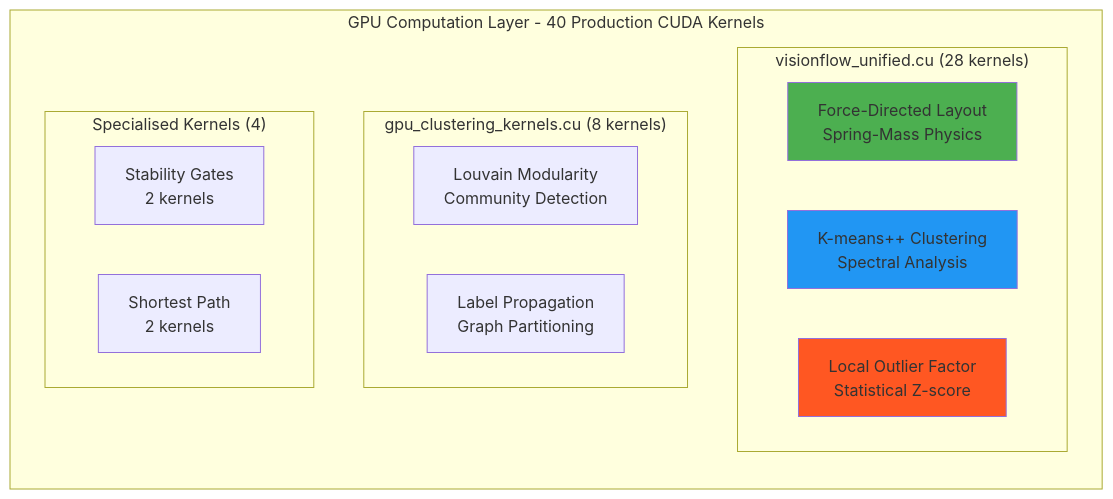
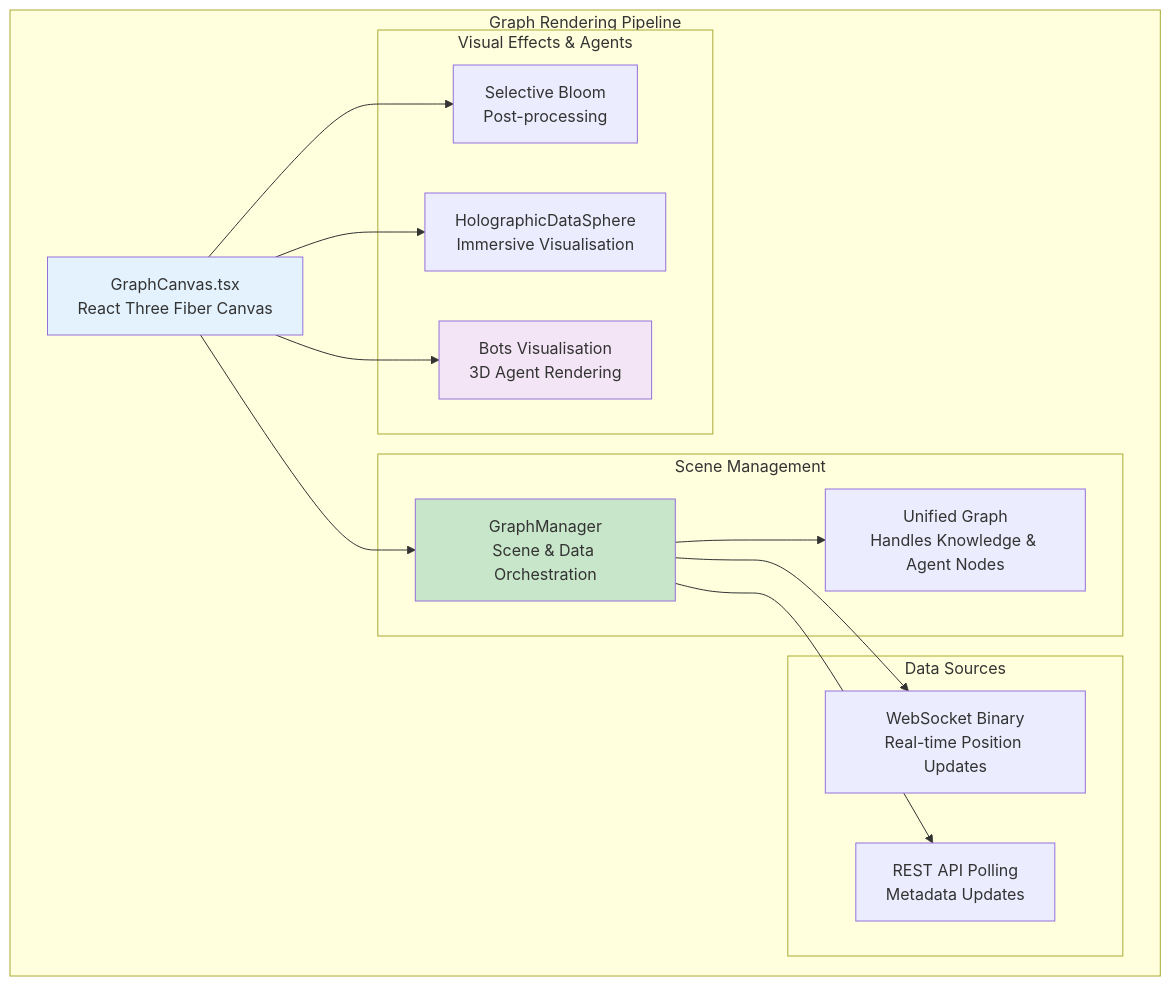
Before and after one commit to DreamLab-AI/VisionFlow: the seventh of 10 diagrams in README.md, drawn with Mermaid. The commit also changed other lines of this file, not shown here.

````diff
--- a/README.md
+++ b/README.md
@@ -120,24 +382,29 @@
 ```mermaid
-graph LR
-    subgraph GCL["GPU Computation Layer - 40 Production CUDA Kernels"]
-        subgraph VU["visionflow_unified.cu (28 kernels)"]
-            Physics["Force-Directed Layout<br/>Spring-Mass Physics"]
-            Clustering1["K-means++ Clustering<br/>Spectral Analysis"]
-            Anomaly1["Local Outlier Factor<br/>Statistical Z-score"]
+graph TB
+    subgraph "Graph Rendering Pipeline"
+        GraphCanvas["GraphCanvas.tsx<br/>React Three Fiber Canvas"]
+
+        subgraph "Scene Management"
+            GraphManager["GraphManager<br/>Scene & Data Orchestration"]
+            UnifiedImplementation["Unified Graph<br/>Handles Knowledge & Agent Nodes"]
         end
 
-        subgraph GCK["gpu_clustering_kernels.cu (8 kernels)"]
-            Louvain["Louvain Modularity<br/>Community Detection"]
-            LabelProp["Label Propagation<br/>Graph Partitioning"]
+        subgraph "Data Sources"
+            WebSocketBinary["WebSocket Binary<br/>Real-time Position Updates"]
+            REST_API["REST API Polling<br/>Metadata Updates"]
         end
 
-        subgraph SK["Specialised Kernels (4)"]
-            Stability["Stability Gates<br/>2 kernels"]
-            SSSP["Shortest Path<br/>2 kernels"]
+        subgraph "Visual Effects & Agents"
+            SelectiveBloom["Selective Bloom<br/>Post-processing"]
+            HolographicDataSphere["HolographicDataSphere<br/>Immersive Visualisation"]
+            BotsVisualisation["Bots Visualisation<br/>3D Agent Rendering"]
         end
+
+        GraphCanvas --> GraphManager & SelectiveBloom & HolographicDataSphere & BotsVisualisation
+        GraphManager --> WebSocketBinary & REST_API & UnifiedImplementation
+
+        style GraphCanvas fill:#e3f2fd
+        style GraphManager fill:#c8e6c9
+        style BotsVisualisation fill:#f3e5f5
     end
-
-    style Physics fill:#4caf50
-    style Clustering1 fill:#2196f3
-    style Anomaly1 fill:#ff5722
 ```
````
